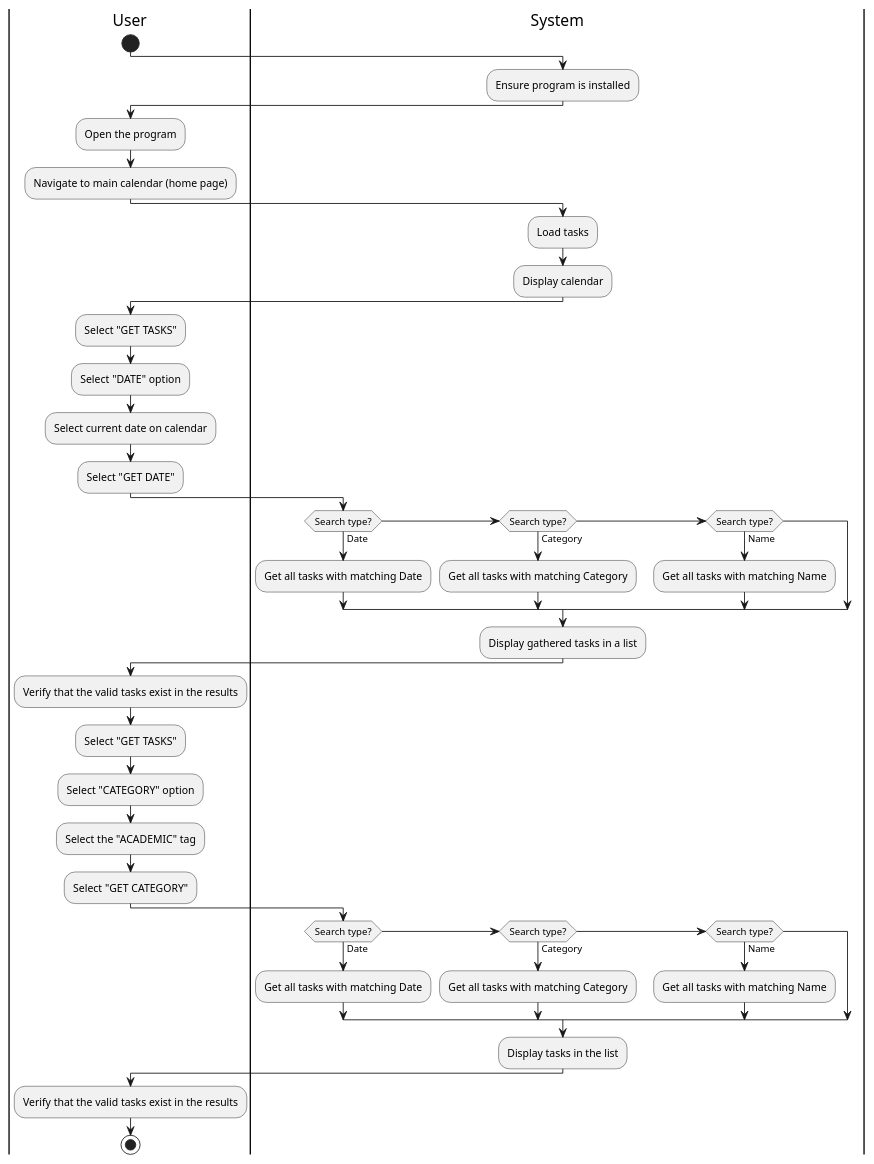
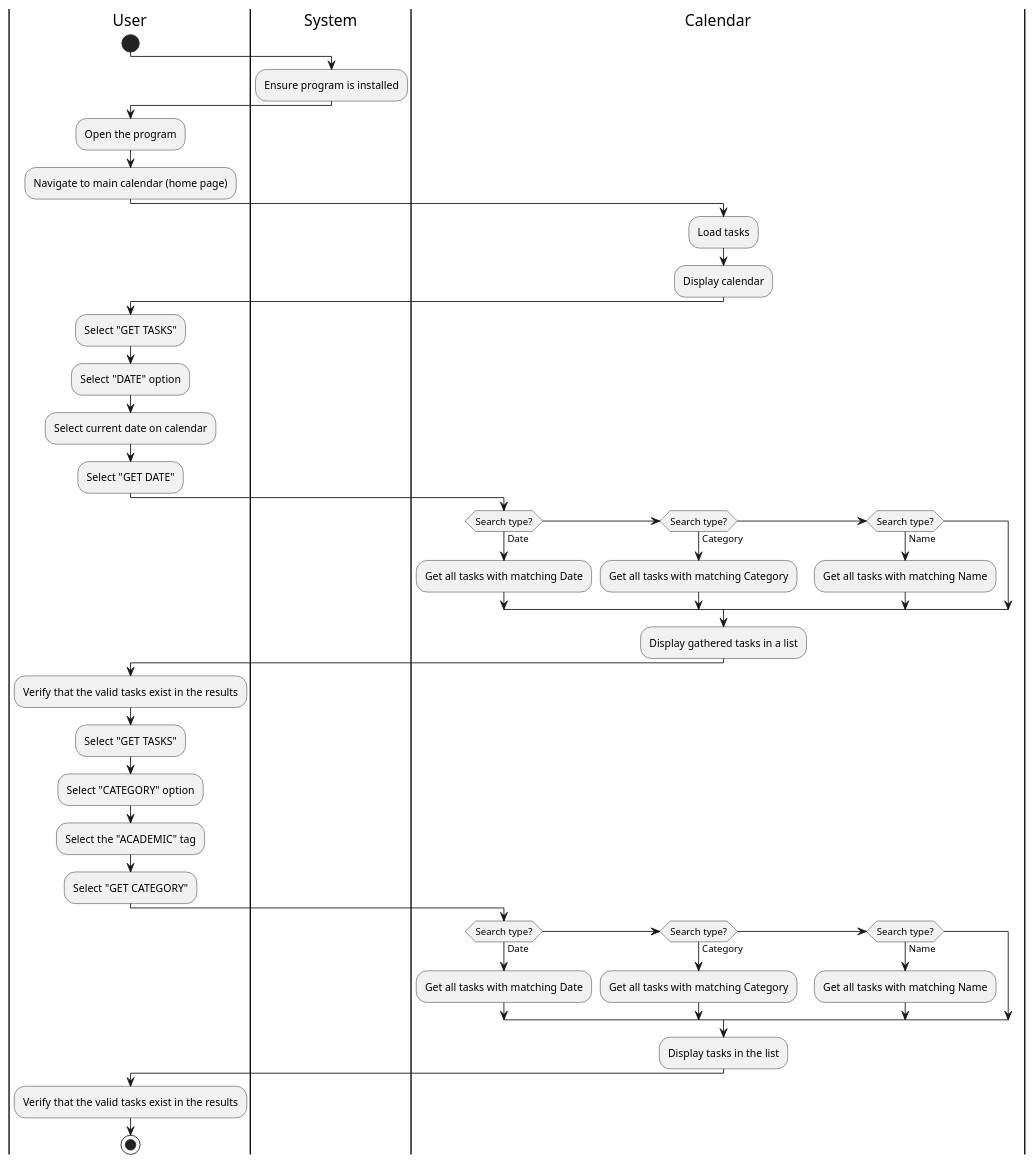
One commit to CS361-2024Fall-Term/Innovators changed the diagram in assignment7/search_task.puml. Above: the diagram before and after it, drawn with PlantUML.

```diff
--- a/assignment7/search_task.puml
+++ b/assignment7/search_task.puml
@@ -1,56 +1,54 @@
 @startuml
 |User|
 start
 
 |System|
 :Ensure program is installed;
 
 |User|
 :Open the program;
 :Navigate to main calendar (home page);
 
-|System|
+|Calendar|
 :Load tasks;
 :Display calendar;
 
 |User|
 :Select "GET TASKS";
 :Select "DATE" option;
 :Select current date on calendar;
 :Select "GET DATE";
 
-|System|
+|Calendar|
 if (Search type?) then (Date)
   :Get all tasks with matching Date;
 elseif (Search type?) then (Category)
   :Get all tasks with matching Category;
 elseif (Search type?) then (Name)
   :Get all tasks with matching Name;
 endif
 :Display gathered tasks in a list;
 
 |User|
 :Verify that the valid tasks exist in the results;
-
-|User|
 :Select "GET TASKS";
 :Select "CATEGORY" option;
 :Select the "ACADEMIC" tag;
 :Select "GET CATEGORY";
 
-|System|
+|Calendar|
 if (Search type?) then (Date)
   :Get all tasks with matching Date;
 elseif (Search type?) then (Category)
   :Get all tasks with matching Category;
 elseif (Search type?) then (Name)
   :Get all tasks with matching Name;
 endif
 :Display tasks in the list;
 
 |User|
 :Verify that the valid tasks exist in the results;
 
 stop
 
 @enduml
```
